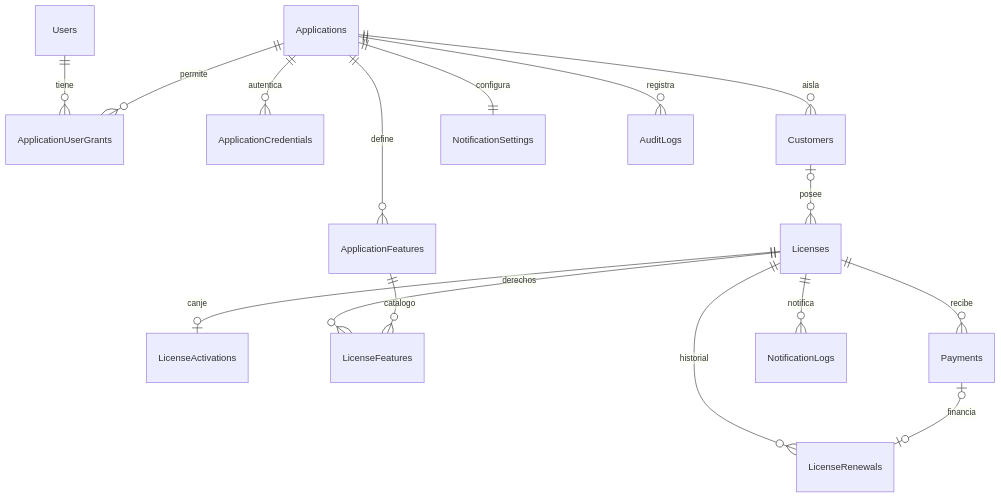
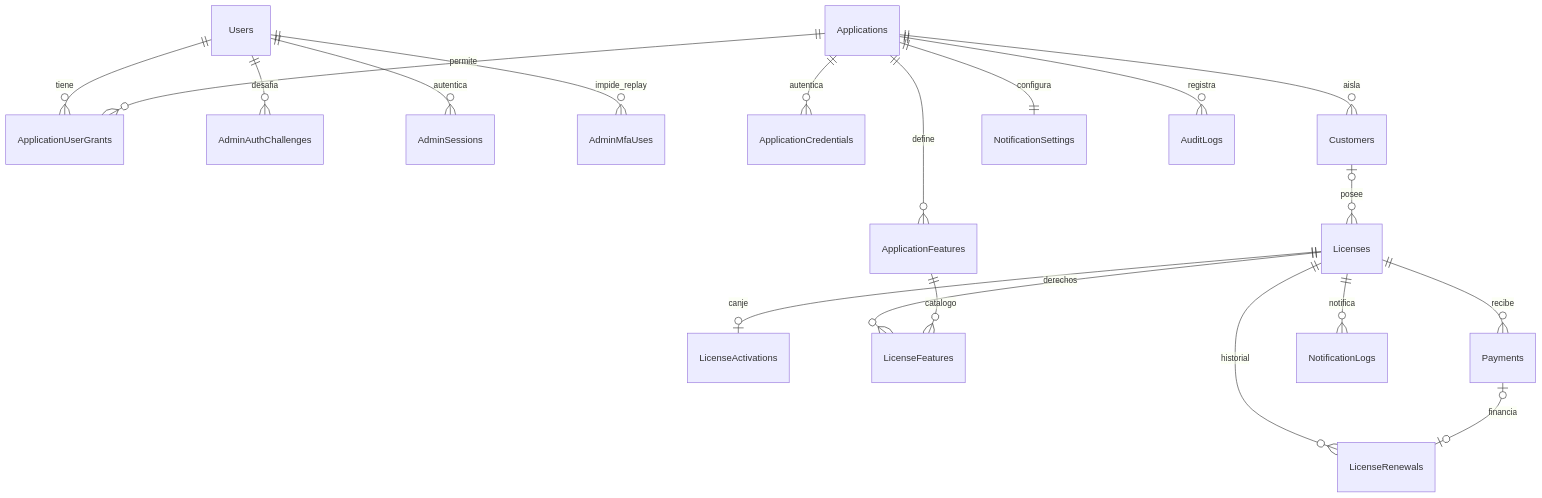
One commit to StimpyCR/LicenseHub changed the diagram in docs/data-model.md. Above: the diagram before and after it, drawn with Mermaid. The commit also changed other lines of this file and 160 other files, not shown here.

````diff
--- a/docs/data-model.md
+++ b/docs/data-model.md
@@ -29,18 +29,21 @@
 ```mermaid
 erDiagram
   Users ||--o{ ApplicationUserGrants : tiene
+  Users ||--o{ AdminAuthChallenges : desafia
+  Users ||--o{ AdminSessions : autentica
+  Users ||--o{ AdminMfaUses : impide_replay
   Applications ||--o{ ApplicationUserGrants : permite
   Applications ||--o{ ApplicationCredentials : autentica
   Applications ||--o{ Customers : aisla
   Applications ||--o{ ApplicationFeatures : define
   Customers o|--o{ Licenses : posee
   Licenses ||--o| LicenseActivations : canje
   Licenses ||--o{ LicenseRenewals : historial
   Licenses ||--o{ LicenseFeatures : derechos
   ApplicationFeatures ||--o{ LicenseFeatures : catalogo
   Licenses ||--o{ Payments : recibe
   Payments o|--o| LicenseRenewals : financia
   Licenses ||--o{ NotificationLogs : notifica
   Applications ||--|| NotificationSettings : configura
   Applications ||--o{ AuditLogs : registra
 ```
````
